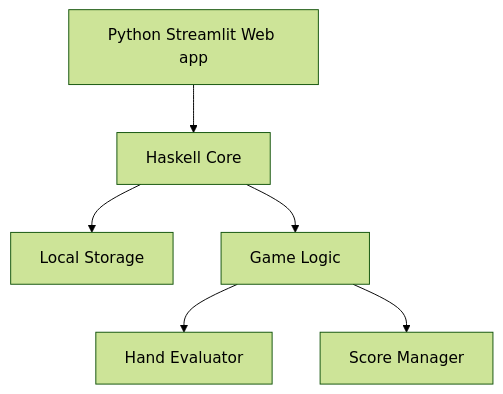
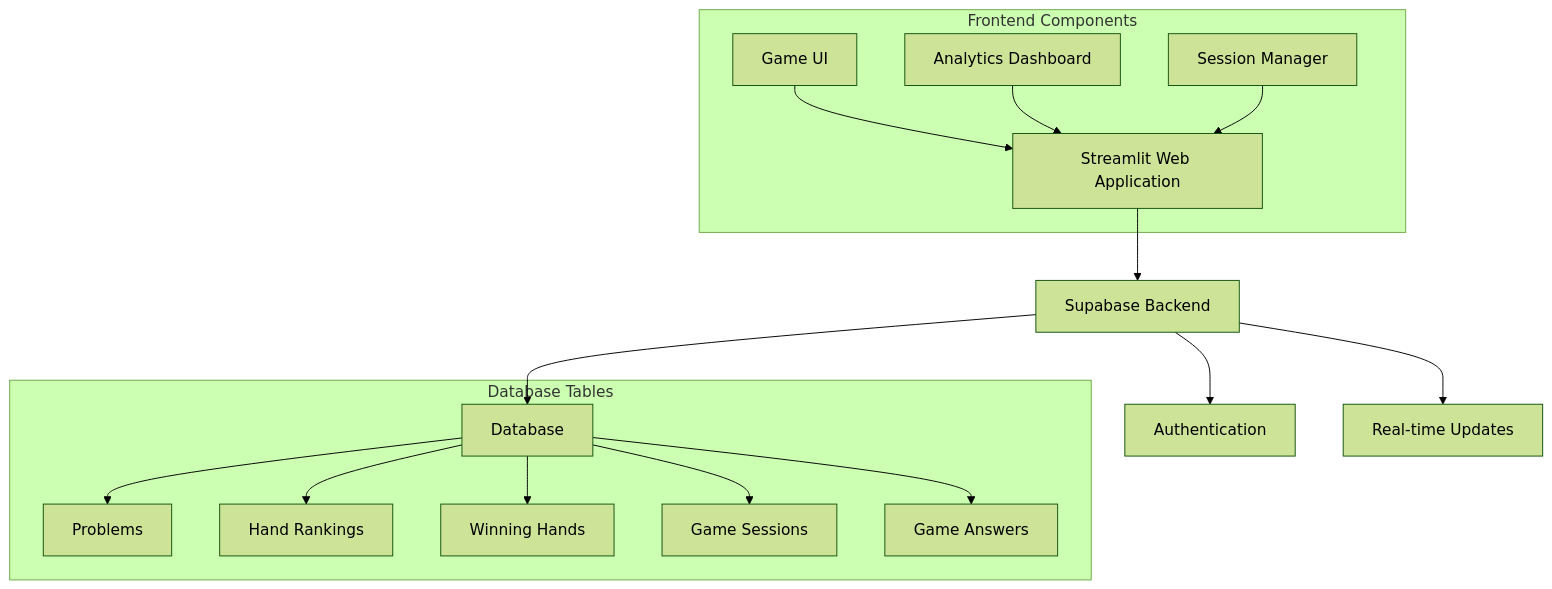
Before and after one commit to 15eb1137/rainbow: the first of 2 diagrams in docs/mvp_dd.md, drawn with Mermaid (forest theme). The commit also changed other lines of this file, not shown here.

````diff
--- a/docs/mvp_dd.md
+++ b/docs/mvp_dd.md
@@ -9,8 +8,21 @@
 ```mermaid
 graph TD
-    A[Python Streamlit Web app] --> B[Haskell Core]
-    B --> C[Local Storage]
-    B --> D[Game Logic]
-    D --> E[Hand Evaluator]
-    D --> F[Score Manager]
+    A[Streamlit Web Application] --> B[Supabase Backend]
+    B --> C[Database]
+    B --> D[Authentication]
+    B --> E[Real-time Updates]
+    
+    subgraph "Frontend Components"
+        F[Game UI] --> A
+        G[Analytics Dashboard] --> A
+        H[Session Manager] --> A
+    end
+    
+    subgraph "Database Tables"
+        C --> I[Problems]
+        C --> J[Hand Rankings]
+        C --> K[Winning Hands]
+        C --> L[Game Sessions]
+        C --> M[Game Answers]
+    end
 ```
````
